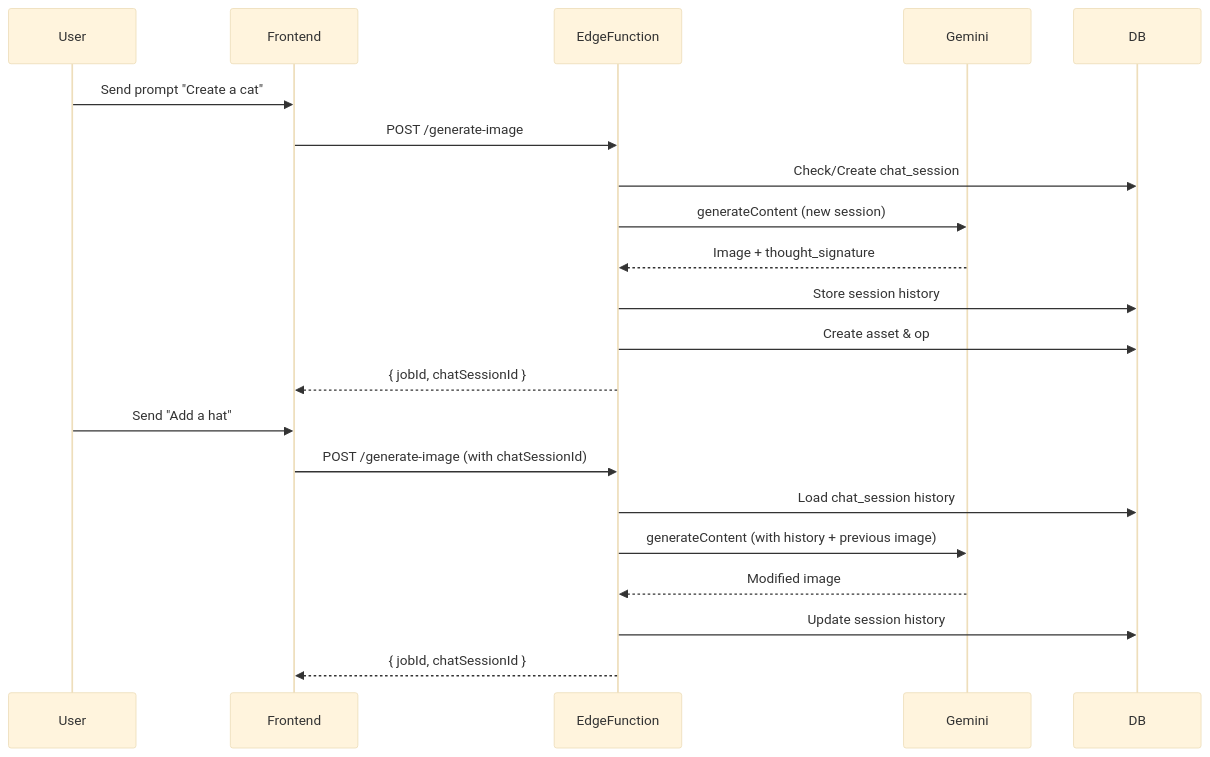
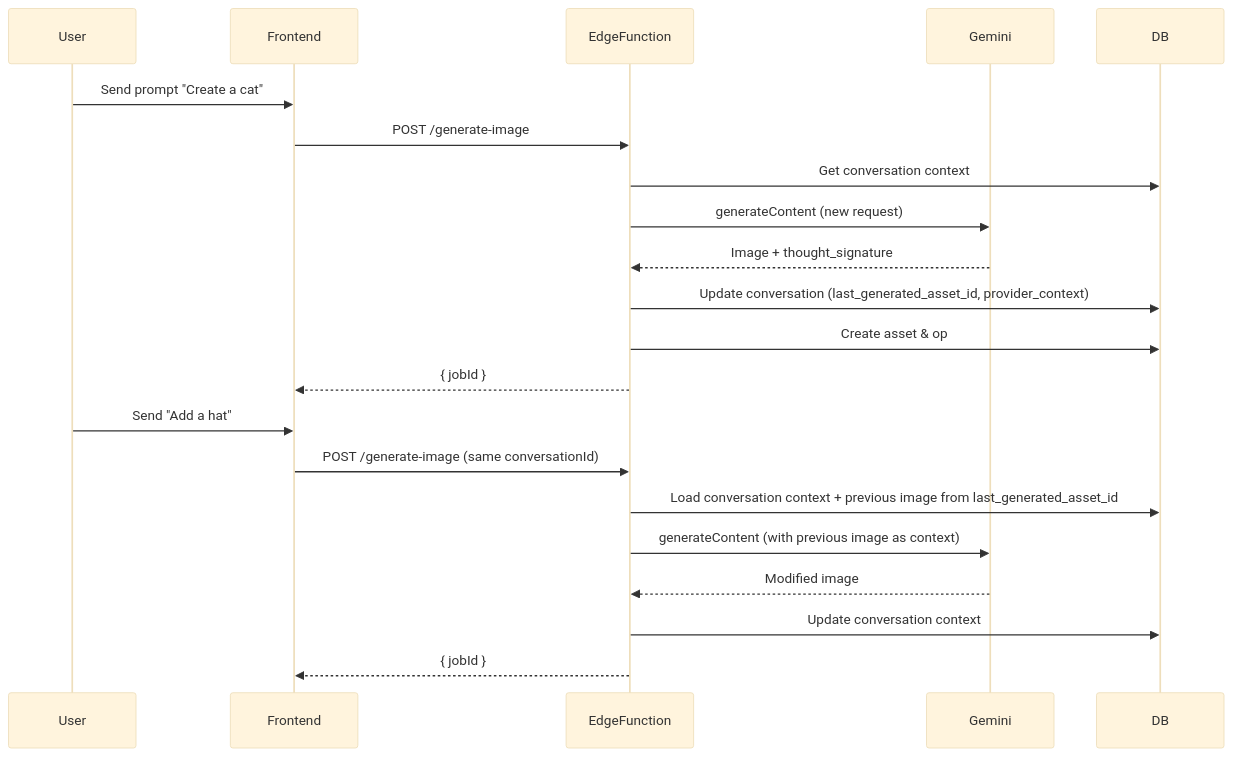
The second of 2 diagrams in .kiro/specs/gemini-image-generation/design.md (digging-airfare-4u/fluxa), drawn with Mermaid (base theme) before and after one commit. The commit also changed other lines of this file and 18 other files, not shown here.

````diff
--- a/.kiro/specs/gemini-image-generation/design.md
+++ b/.kiro/specs/gemini-image-generation/design.md
@@ -206,25 +195,25 @@
 ```mermaid
 sequenceDiagram
     participant User
     participant Frontend
     participant EdgeFunction
     participant Gemini
     participant DB
     
     User->>Frontend: Send prompt "Create a cat"
     Frontend->>EdgeFunction: POST /generate-image
-    EdgeFunction->>DB: Check/Create chat_session
-    EdgeFunction->>Gemini: generateContent (new session)
+    EdgeFunction->>DB: Get conversation context
+    EdgeFunction->>Gemini: generateContent (new request)
     Gemini-->>EdgeFunction: Image + thought_signature
-    EdgeFunction->>DB: Store session history
+    EdgeFunction->>DB: Update conversation (last_generated_asset_id, provider_context)
     EdgeFunction->>DB: Create asset & op
-    EdgeFunction-->>Frontend: { jobId, chatSessionId }
+    EdgeFunction-->>Frontend: { jobId }
     
     User->>Frontend: Send "Add a hat"
-    Frontend->>EdgeFunction: POST /generate-image (with chatSessionId)
-    EdgeFunction->>DB: Load chat_session history
-    EdgeFunction->>Gemini: generateContent (with history + previous image)
+    Frontend->>EdgeFunction: POST /generate-image (same conversationId)
+    EdgeFunction->>DB: Load conversation context + previous image from last_generated_asset_id
+    EdgeFunction->>Gemini: generateContent (with previous image as context)
     Gemini-->>EdgeFunction: Modified image
-    EdgeFunction->>DB: Update session history
-    EdgeFunction-->>Frontend: { jobId, chatSessionId }
+    EdgeFunction->>DB: Update conversation context
+    EdgeFunction-->>Frontend: { jobId }
 ```
````
